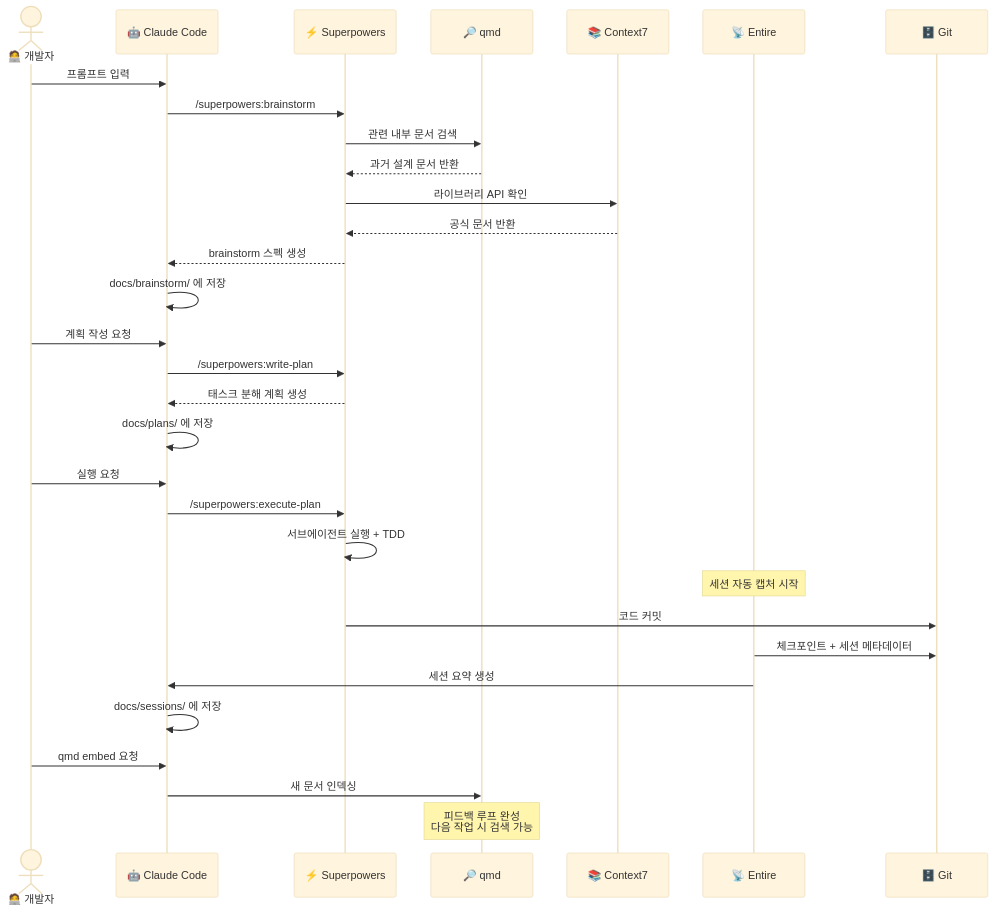
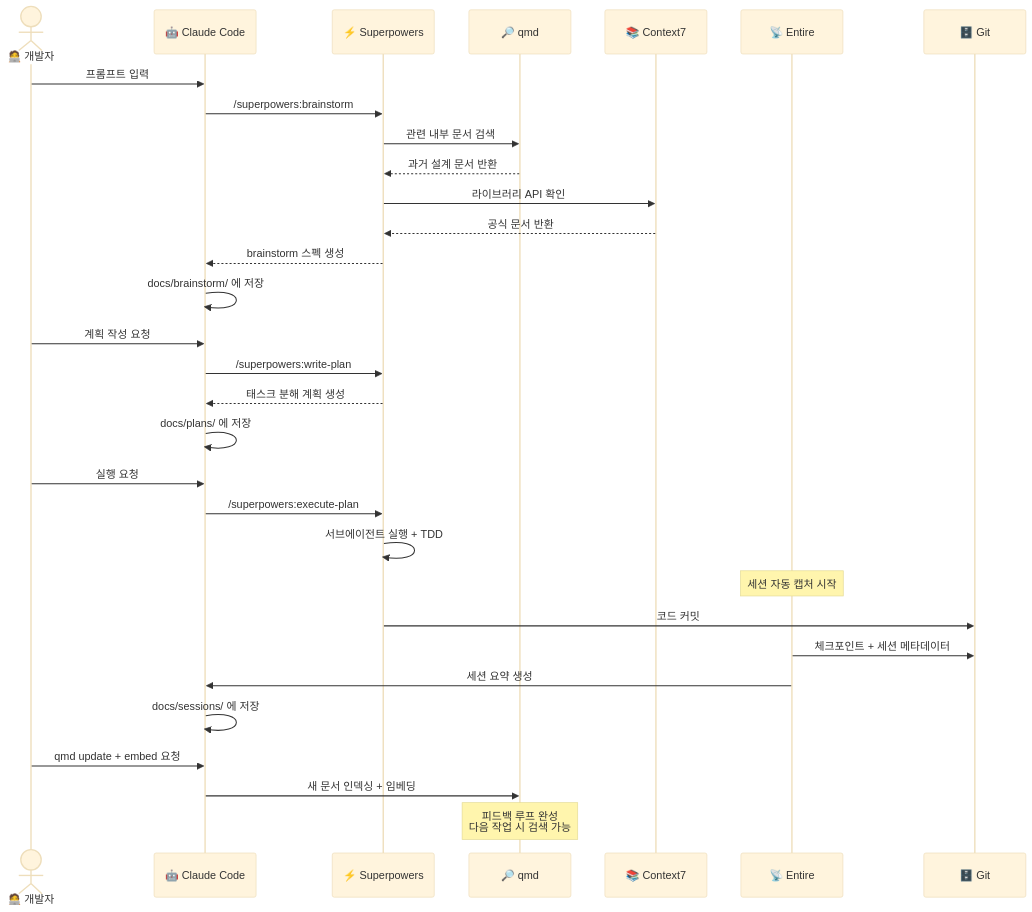
One commit to d0lim/agentic-workflow changed the second of 2 diagrams in README.md. Above: the diagram before and after it, drawn with Mermaid (base theme). The commit also changed other lines of this file, not shown here.

First line of the commit message:
fix: correct qmd commands and remove unnecessary Ollama dependency in README

````diff
--- a/README.md
+++ b/README.md
@@ -223,37 +217,37 @@
 ```mermaid
 sequenceDiagram
     actor DEV as 🧑‍💻 개발자
     participant CC as 🤖 Claude Code
     participant SP as ⚡ Superpowers
     participant QMD as 🔎 qmd
     participant C7 as 📚 Context7
     participant EN as 📡 Entire
     participant GIT as 🗄️ Git
 
     DEV->>CC: 프롬프트 입력
     CC->>SP: /superpowers:brainstorm
     SP->>QMD: 관련 내부 문서 검색
     QMD-->>SP: 과거 설계 문서 반환
     SP->>C7: 라이브러리 API 확인
     C7-->>SP: 공식 문서 반환
     SP-->>CC: brainstorm 스펙 생성
     CC->>CC: docs/brainstorm/ 에 저장
 
     DEV->>CC: 계획 작성 요청
     CC->>SP: /superpowers:write-plan
     SP-->>CC: 태스크 분해 계획 생성
     CC->>CC: docs/plans/ 에 저장
 
     DEV->>CC: 실행 요청
     CC->>SP: /superpowers:execute-plan
     SP->>SP: 서브에이전트 실행 + TDD
     Note over EN: 세션 자동 캡처 시작
     SP->>GIT: 코드 커밋
     EN->>GIT: 체크포인트 + 세션 메타데이터
     EN->>CC: 세션 요약 생성
     CC->>CC: docs/sessions/ 에 저장
 
-    DEV->>CC: qmd embed 요청
-    CC->>QMD: 새 문서 인덱싱
+    DEV->>CC: qmd update + embed 요청
+    CC->>QMD: 새 문서 인덱싱 + 임베딩
     Note over QMD: 피드백 루프 완성<br/>다음 작업 시 검색 가능
 ```
````
